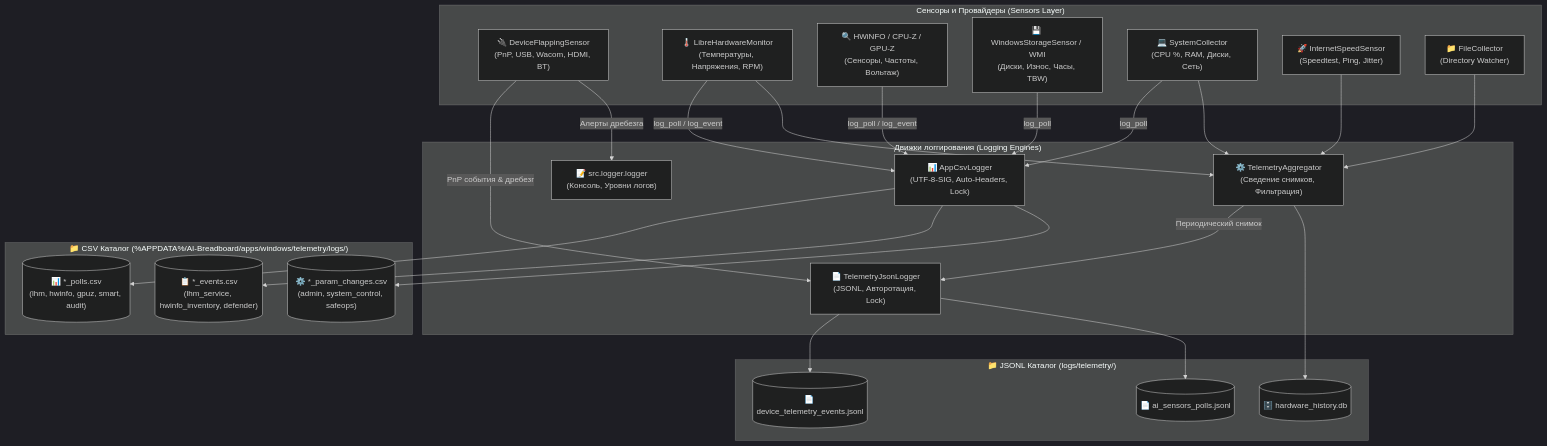
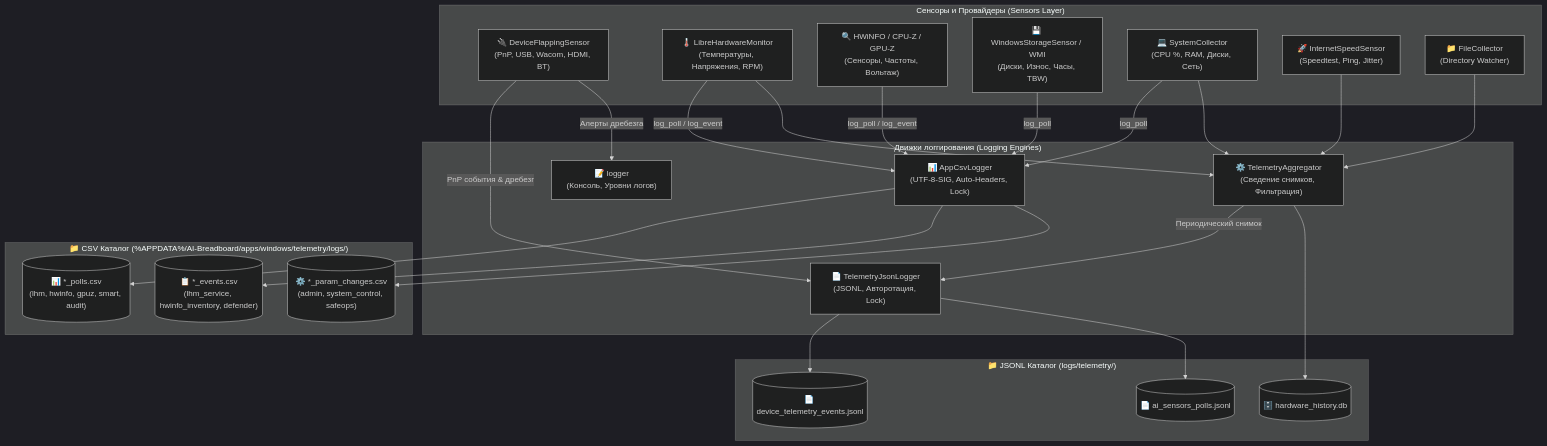
Before and after one commit to hypo69/AI-Breadboard: the diagram in docs/ru/ai-sensors/logging.md, drawn with Mermaid (dark theme). The commit also changed other lines of this file and 1181 other files, not shown here.

````diff
--- a/docs/ru/ai-sensors/logging.md
+++ b/docs/ru/ai-sensors/logging.md
@@ -21,53 +21,53 @@
 ```mermaid
 flowchart TD
     subgraph Сенсоры["Сенсоры и Провайдеры (Sensors Layer)"]
         DFS["🔌 DeviceFlappingSensor<br/>(PnP, USB, Wacom, HDMI, BT)"]
         LHM["🌡️ LibreHardwareMonitor<br/>(Температуры, Напряжения, RPM)"]
         HW["🔍 HWiNFO / CPU-Z / GPU-Z<br/>(Сенсоры, Частоты, Вольтаж)"]
         SMART["💾 WindowsStorageSensor / WMI<br/>(Диски, Износ, Часы, TBW)"]
         SYS["💻 SystemCollector<br/>(CPU %, RAM, Диски, Сеть)"]
         NET["🚀 InternetSpeedSensor<br/>(Speedtest, Ping, Jitter)"]
         FILE["📁 FileCollector<br/>(Directory Watcher)"]
     end
 
     subgraph ДвижкиЛогирования["Движки логгирования (Logging Engines)"]
         CSVLog["📊 AppCsvLogger<br/>(UTF-8-SIG, Auto-Headers, Lock)"]
         JsonLog["📄 TelemetryJsonLogger<br/>(JSONL, Авторотация, Lock)"]
         Agg["⚙️ TelemetryAggregator<br/>(Сведение снимков, Фильтрация)"]
-        SysLog["📝 src.logger.logger<br/>(Консоль, Уровни логов)"]
+        SysLog["📝 logger<br/>(Консоль, Уровни логов)"]
     end
 
     subgraph ХранилищеCSV["📁 CSV Каталог (%APPDATA%/AI-Breadboard/apps/windows/telemetry/logs/)"]
         CsvPolls[("📊 *_polls.csv<br/>(lhm, hwinfo, gpuz, smart, audit)")]
         CsvEvents[("📋 *_events.csv<br/>(lhm_service, hwinfo_inventory, defender)")]
         CsvParams[("⚙️ *_param_changes.csv<br/>(admin, system_control, safeops)")]
     end
 
     subgraph ХранилищеJSON["📁 JSONL Каталог (logs/telemetry/)"]
         DevLogFile[("📄 device_telemetry_events.jsonl")]
         SensLogFile[("📄 ai_sensors_polls.jsonl")]
         HistDb[("🗄️ hardware_history.db")]
     end
 
     %% CSV маршрутизация
     LHM -->|"log_poll / log_event"| CSVLog
     HW -->|"log_poll / log_event"| CSVLog
     SMART -->|"log_poll"| CSVLog
     SYS -->|"log_poll"| CSVLog
     CSVLog --> CsvPolls
     CSVLog --> CsvEvents
     CSVLog --> CsvParams
 
     %% JSONL маршрутизация
     DFS -->|"PnP события & дребезг"| JsonLog
     DFS -->|"Алерты дребезга"| SysLog
     JsonLog --> DevLogFile
 
     LHM --> Agg
     SYS --> Agg
     NET --> Agg
     FILE --> Agg
     Agg -->|"Периодический снимок"| JsonLog
     JsonLog --> SensLogFile
     Agg --> HistDb
 ```
````
